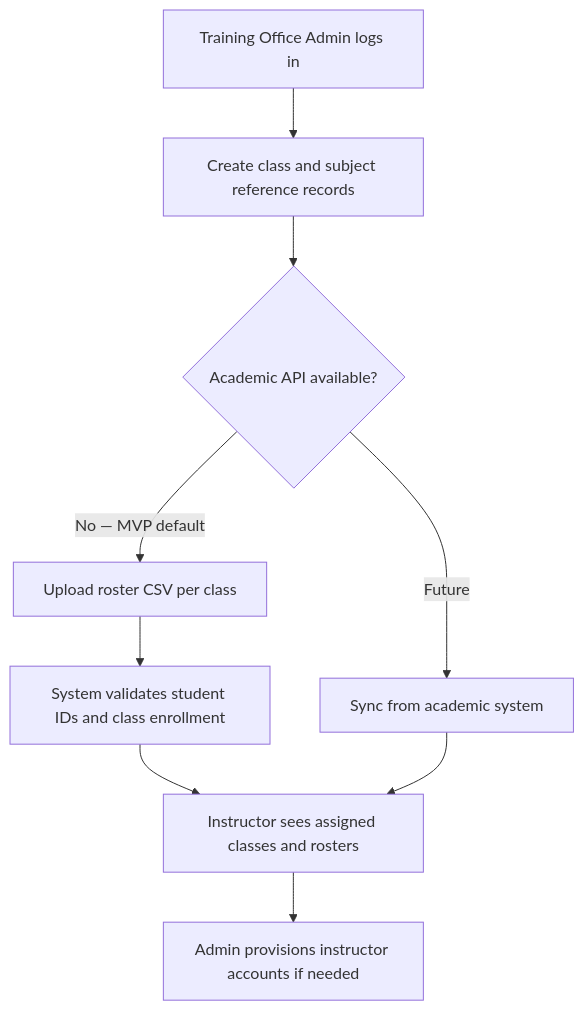
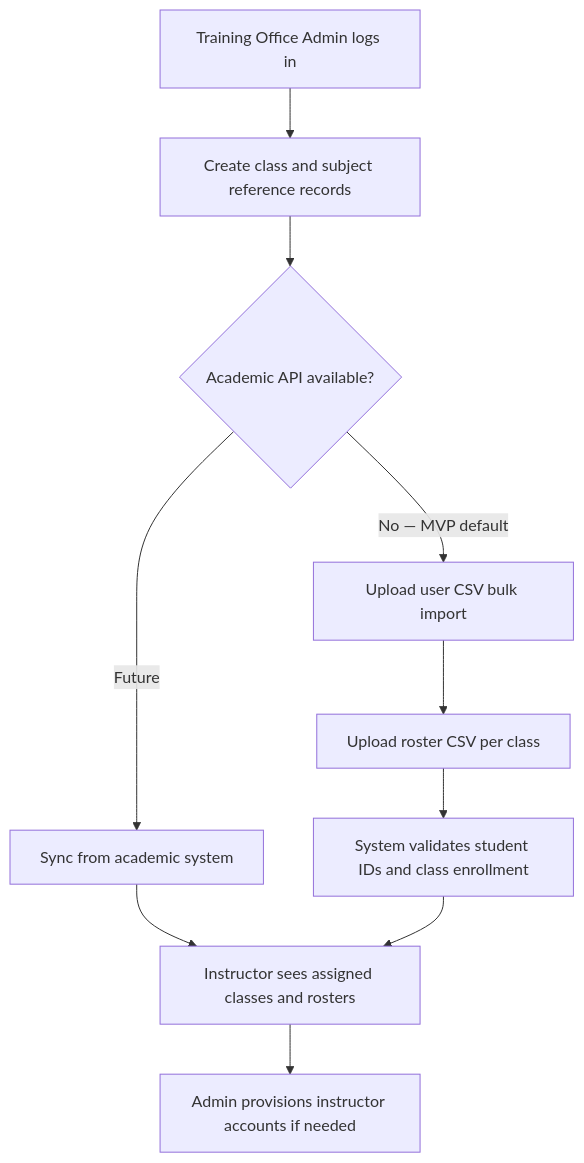
Before and after one commit to trannamtrung1st/ai-engineering-learning: the second of 5 diagrams in projects/ai-harnessed_we-check-app/docs/brds/02-business-workflow.md, drawn with Mermaid. The commit also changed other lines of this file and 121 other files, not shown here.

````diff
--- a/projects/ai-harnessed_we-check-app/docs/brds/02-business-workflow.md
+++ b/projects/ai-harnessed_we-check-app/docs/brds/02-business-workflow.md
@@ -62,11 +62,12 @@
 ```mermaid
 flowchart TD
     A[Training Office Admin logs in] --> A0[Create class and subject reference records]
     A0 --> B{Academic API available?}
-    B -->|No — MVP default| C[Upload roster CSV per class]
+    B -->|No — MVP default| U[Upload user CSV bulk import]
+    U --> C[Upload roster CSV per class]
     B -->|Future| D[Sync from academic system]
     C --> E[System validates student IDs and class enrollment]
-    E --> F[Instructor sees assigned classes and rosters]
-    D --> F
+    D --> F[Instructor sees assigned classes and rosters]
+    E --> F
     F --> G[Admin provisions instructor accounts if needed]
 ```
````
